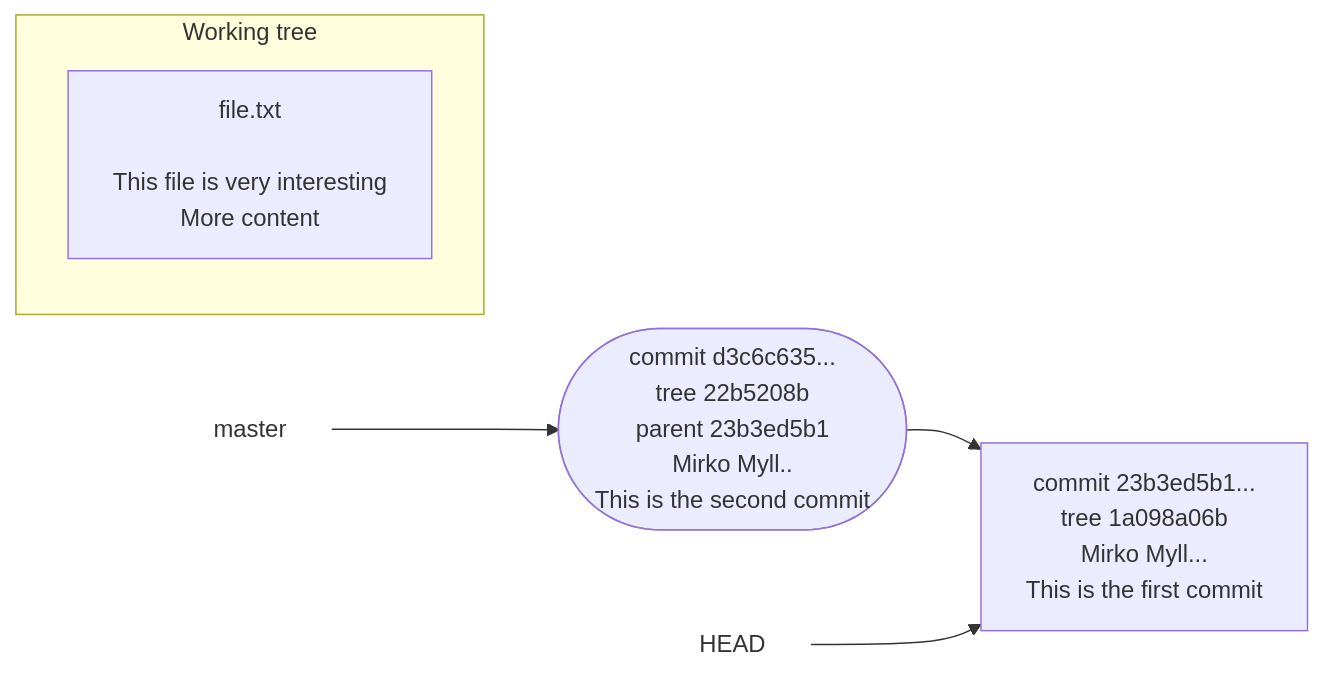
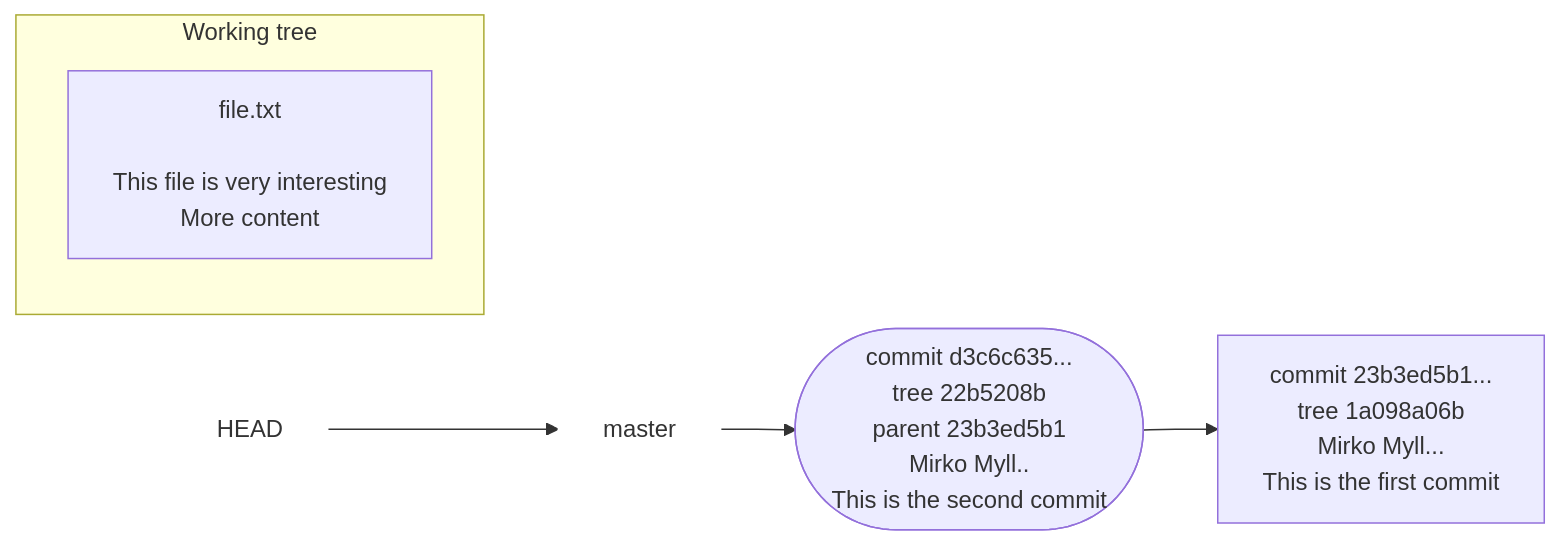
Before and after one commit to hpc2n/course-intro-git: diagram 18 of 26 in docs/basic-concepts.md, drawn with Mermaid.

Commit message:
Adding lecture 3

````diff
--- a/docs/basic-concepts.md
+++ b/docs/basic-concepts.md
@@ -1021,16 +1021,14 @@
 ```mermaid
 graph LR
   
   head["HEAD"]
   style head fill:#ffffff,stroke:#ffffff
   master["master"]
   style master fill:#ffffff,stroke:#ffffff
   
-  master --> secondcommit(["commit d3c6c635...<br>tree 22b5208b<br>parent 23b3ed5b1<br>Mirko Myll..<br>This is the second commit"]) --> firstcommit["commit 23b3ed5b1...<br>tree 1a098a06b<br>Mirko Myll...<br>This is the first commit"]
-  
-  head --> firstcommit
+  head --> master --> secondcommit(["commit d3c6c635...<br>tree 22b5208b<br>parent 23b3ed5b1<br>Mirko Myll..<br>This is the second commit"]) --> firstcommit["commit 23b3ed5b1...<br>tree 1a098a06b<br>Mirko Myll...<br>This is the first commit"]
   
   subgraph clusterworkingtree["Working tree"]
     clusterfile["file.txt<br><br>This file is very interesting<br>More content"]
   end
 ```
````
